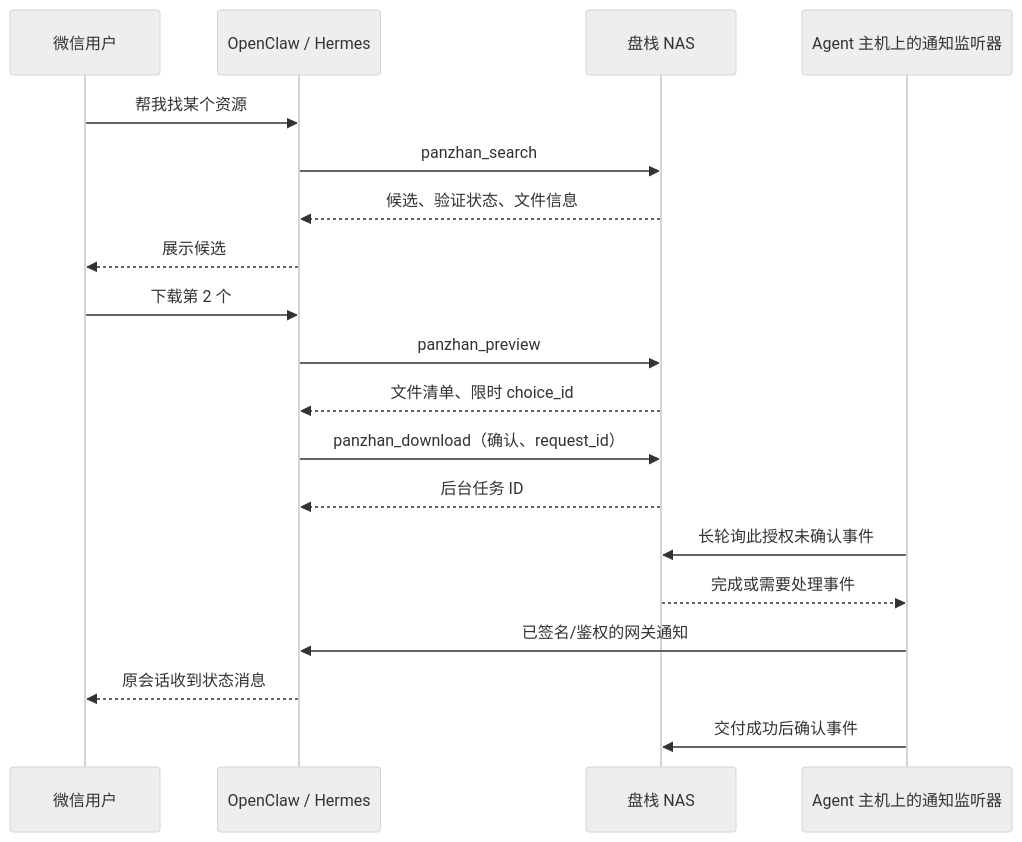
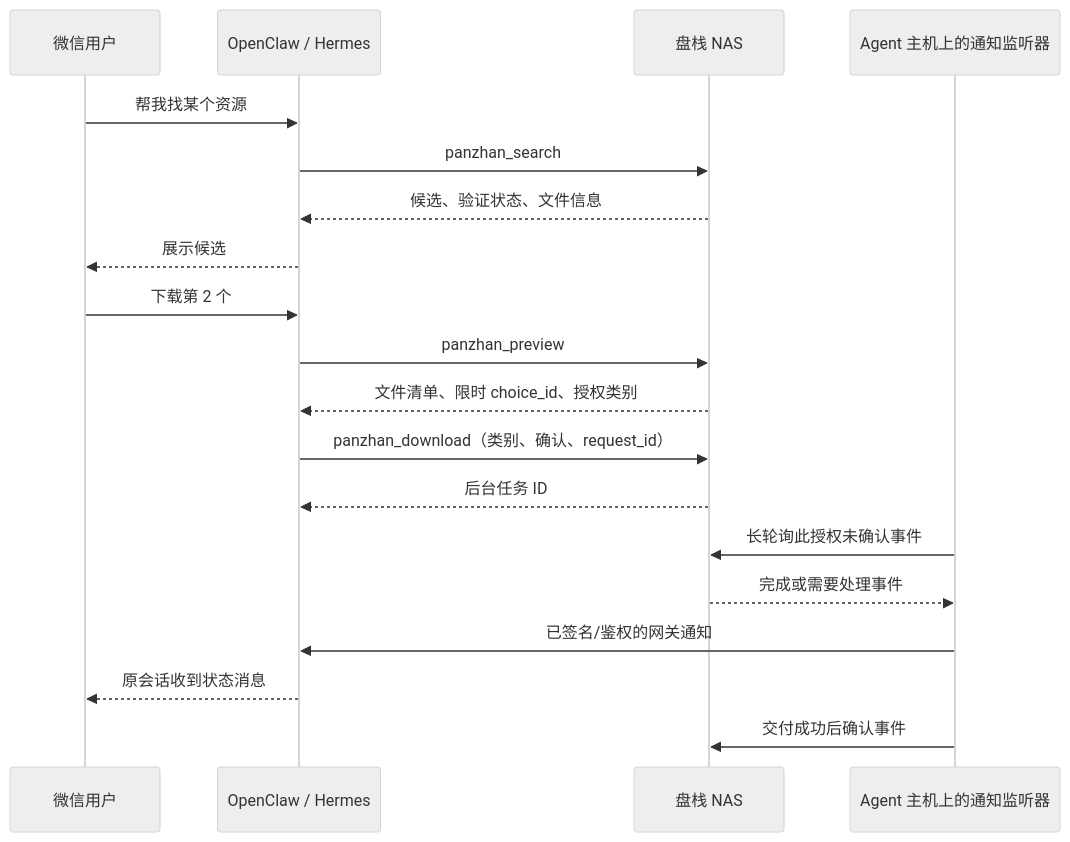
One commit to fffeeennnggg/panzhan changed the diagram in docs/agent-integration.md. Above: the diagram before and after it, drawn with Mermaid (neutral theme). The commit also changed other lines of this file and 47 other files, not shown here.

````diff
--- a/docs/agent-integration.md
+++ b/docs/agent-integration.md
@@ -7,21 +7,21 @@
 ```mermaid
 sequenceDiagram
   participant U as 微信用户
   participant A as OpenClaw / Hermes
   participant P as 盘栈 NAS
   participant R as Agent 主机上的通知监听器
   U->>A: 帮我找某个资源
   A->>P: panzhan_search
   P-->>A: 候选、验证状态、文件信息
   A-->>U: 展示候选
   U->>A: 下载第 2 个
   A->>P: panzhan_preview
-  P-->>A: 文件清单、限时 choice_id
-  A->>P: panzhan_download（确认、request_id）
+  P-->>A: 文件清单、限时 choice_id、授权类别
+  A->>P: panzhan_download（类别、确认、request_id）
   P-->>A: 后台任务 ID
   R->>P: 长轮询此授权未确认事件
   P-->>R: 完成或需要处理事件
   R->>A: 已签名/鉴权的网关通知
   A-->>U: 原会话收到状态消息
   R->>P: 交付成功后确认事件
 ```
````
